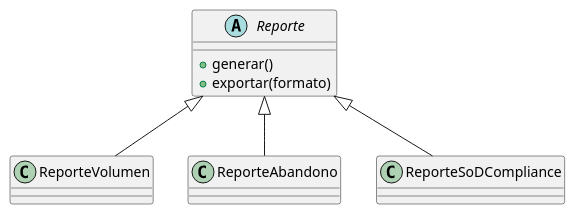
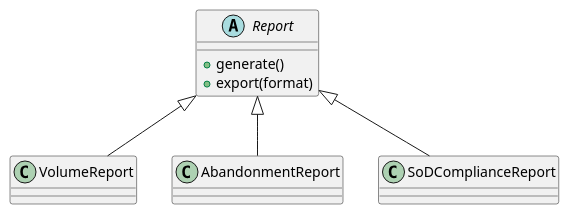
The diagram in source/requisitos/_metodologia-aplicacion/relaciones-uml/ejemplo-aplicado-a-iact.rst (jcg-admin/IACT-docs), drawn with PlantUML before and after one commit. The commit also changed 19 other files, not shown here.

First line of the commit message:
Translate identifiers in B-C relaciones-uml/ (T-011..T-030)

```diff
--- a/source/requisitos/_metodologia-aplicacion/relaciones-uml/ejemplo-aplicado-a-iact.rst
+++ b/source/requisitos/_metodologia-aplicacion/relaciones-uml/ejemplo-aplicado-a-iact.rst
@@ -4,14 +4,14 @@
 .. uml::
 
    @startuml
-   abstract class Reporte {
-     + generar()
-     + exportar(formato)
+   abstract class Report {
+     + generate()
+     + export(format)
    }
-   class ReporteVolumen
-   class ReporteAbandono
-   class ReporteSoDCompliance
-   Reporte <|-- ReporteVolumen
-   Reporte <|-- ReporteAbandono
-   Reporte <|-- ReporteSoDCompliance
+   class VolumeReport
+   class AbandonmentReport
+   class SoDComplianceReport
+   Report <|-- VolumeReport
+   Report <|-- AbandonmentReport
+   Report <|-- SoDComplianceReport
    @enduml
```
